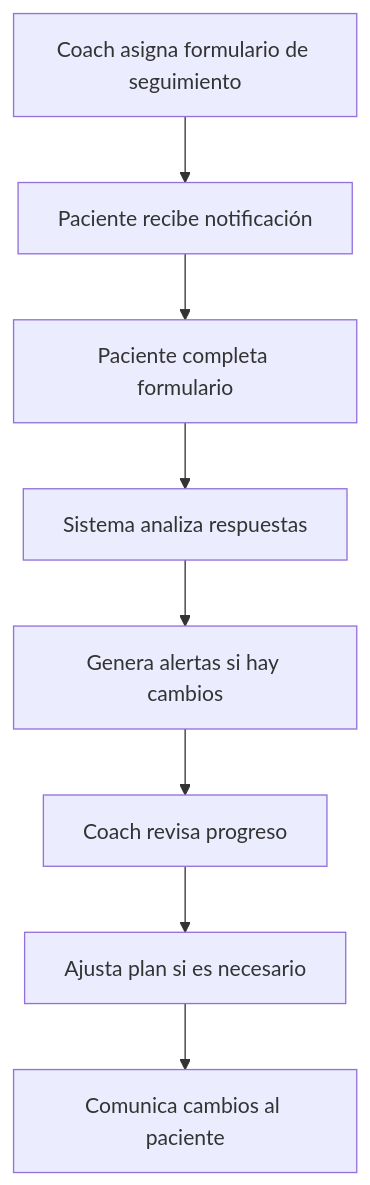
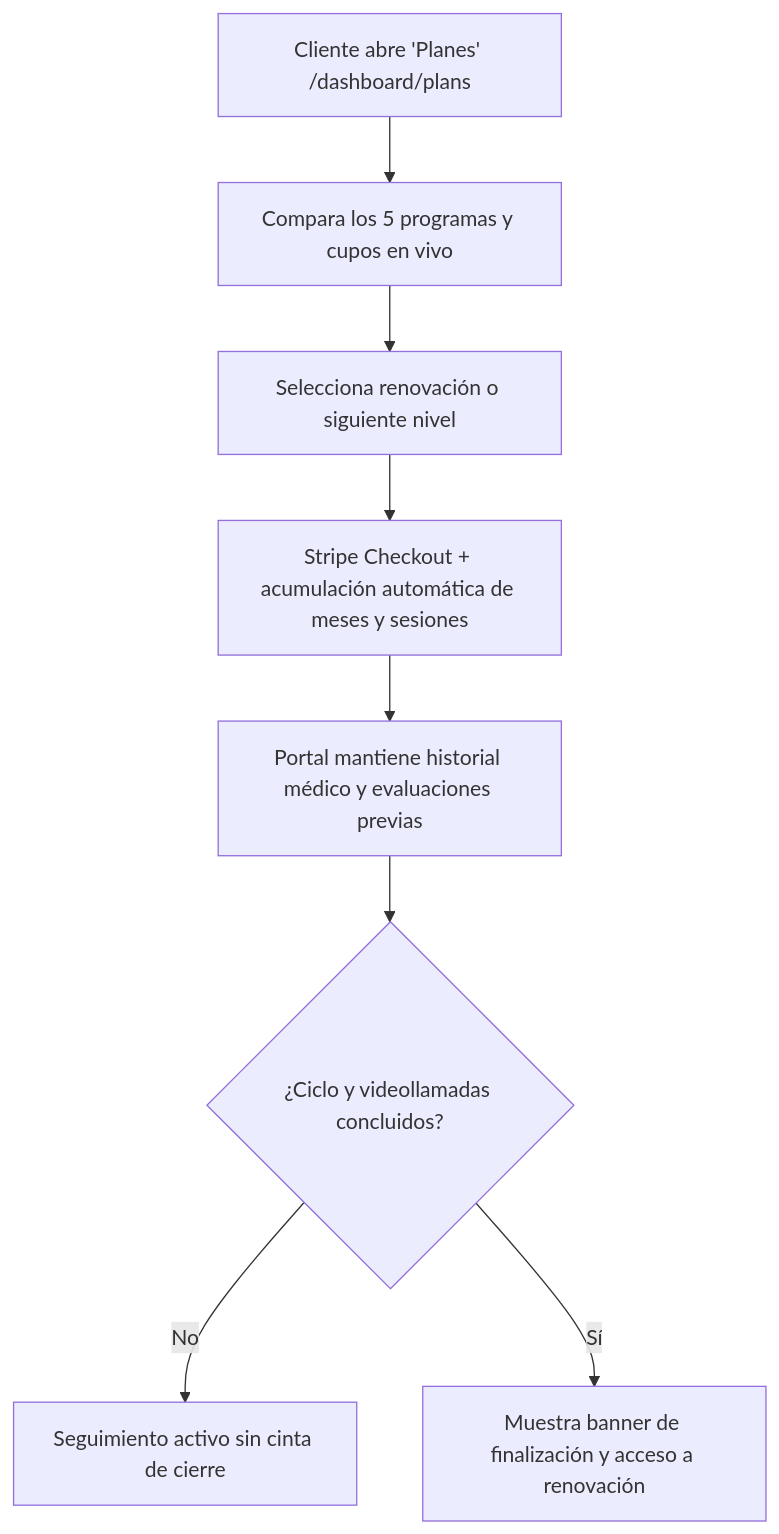
Before and after one commit to pantokrator14/NELHEALTHCOACH: the second of 2 diagrams in docs/PRD.md, drawn with Mermaid. The commit also changed other lines of this file and 26 other files, not shown here.

Commit message:
feat(portal,ai,docs): refine client portal UX, video schedule gating, plan-specific AI weeks, and update PRDs/README to v1.5.0

````diff
--- a/docs/PRD.md
+++ b/docs/PRD.md
@@ -619,10 +390,10 @@
 ```mermaid
 graph TD
-    A[Coach asigna formulario de seguimiento] --> B[Paciente recibe notificación]
-    B --> C[Paciente completa formulario]
-    C --> D[Sistema analiza respuestas]
-    D --> E[Genera alertas si hay cambios]
-    E --> F[Coach revisa progreso]
-    F --> G[Ajusta plan si es necesario]
-    G --> H[Comunica cambios al paciente]
+    A[Cliente abre 'Planes' /dashboard/plans] --> B[Compara los 5 programas y cupos en vivo]
+    B --> C[Selecciona renovación o siguiente nivel]
+    C --> D[Stripe Checkout + acumulación automática de meses y sesiones]
+    D --> E[Portal mantiene historial médico y evaluaciones previas]
+    E --> F{¿Ciclo y videollamadas concluidos?}
+    F -- No --> G[Seguimiento activo sin cinta de cierre]
+    F -- Sí --> H[Muestra banner de finalización y acceso a renovación]
 ```
````
